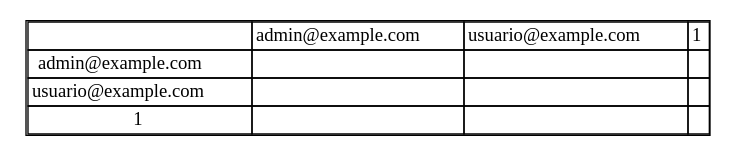
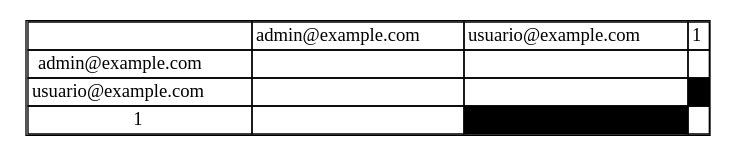
One commit to LightDemon12/-EDD-PROYECTOS_202100215 changed the diagram in Fase#1/cmake-build-debug/matriz_usuarios.dot. Above: the diagram before and after it, drawn with Graphviz. The commit also changed 16 other files, not shown here.

```diff
--- a/Fase#1/cmake-build-debug/matriz_usuarios.dot
+++ b/Fase#1/cmake-build-debug/matriz_usuarios.dot
@@ -1,10 +1,10 @@
 digraph G {
 node [shape=plaintext]
 a [label=<
 <table border='1' cellborder='1' cellspacing='0'>
 <tr><td></td><td>admin@example.com</td><td>usuario@example.com</td><td>1</td></tr>
 <tr><td>admin@example.com</td><td></td><td></td><td></td></tr>
-<tr><td>usuario@example.com</td><td></td><td></td><td></td></tr>
-<tr><td>1</td><td></td><td></td><td></td></tr>
+<tr><td>usuario@example.com</td><td></td><td></td><td bgcolor='black'></td></tr>
+<tr><td>1</td><td></td><td bgcolor='black'></td><td></td></tr>
 </table>>];
 }
```
